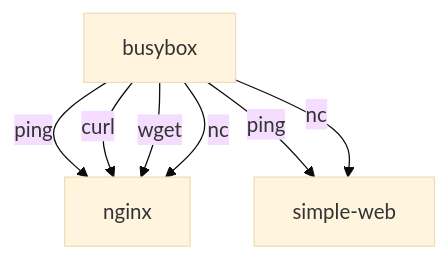
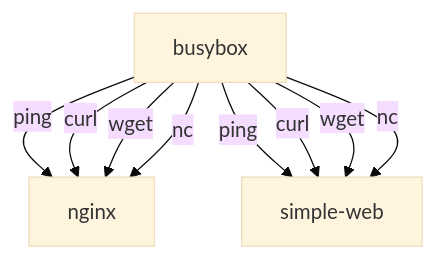
Before and after one commit to beckitrue/container-app-workshop: the diagram in lesson_3/README.md, drawn with Mermaid (base theme). The commit also changed other lines of this file, not shown here.

````diff
--- a/lesson_3/README.md
+++ b/lesson_3/README.md
@@ -25,9 +25,11 @@
 ```mermaid
 graph TD;
     A[busybox] -->|ping| B[nginx]
     A -->|ping| C[simple-web]
     A -->|curl| B
+    A -->|curl| C
     A -->|wget| B
+    A -->|wget| C
     A -->|nc| B
     A -->|nc| C
 ```
````
